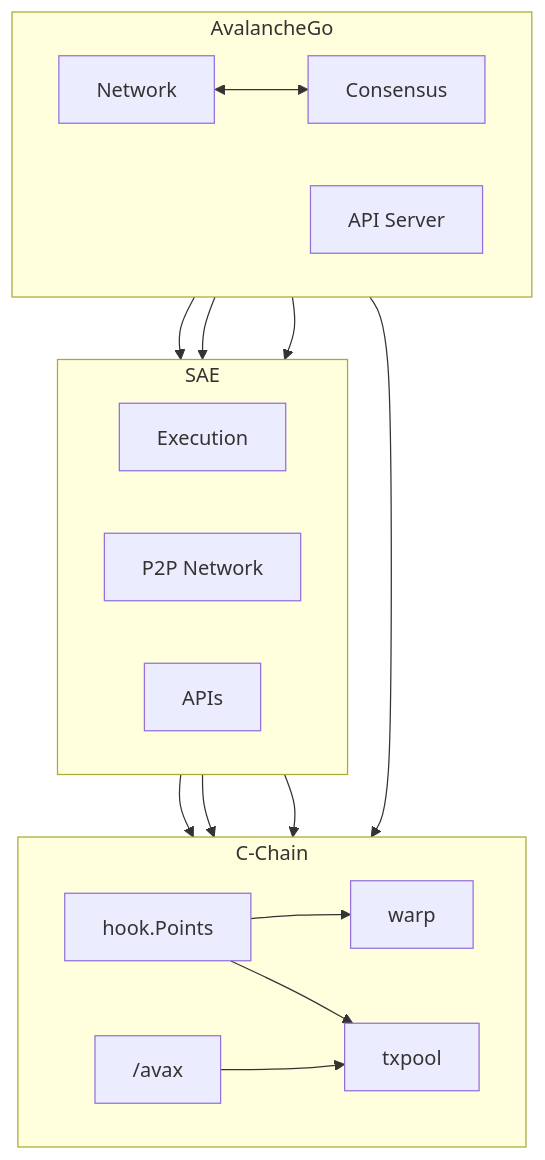
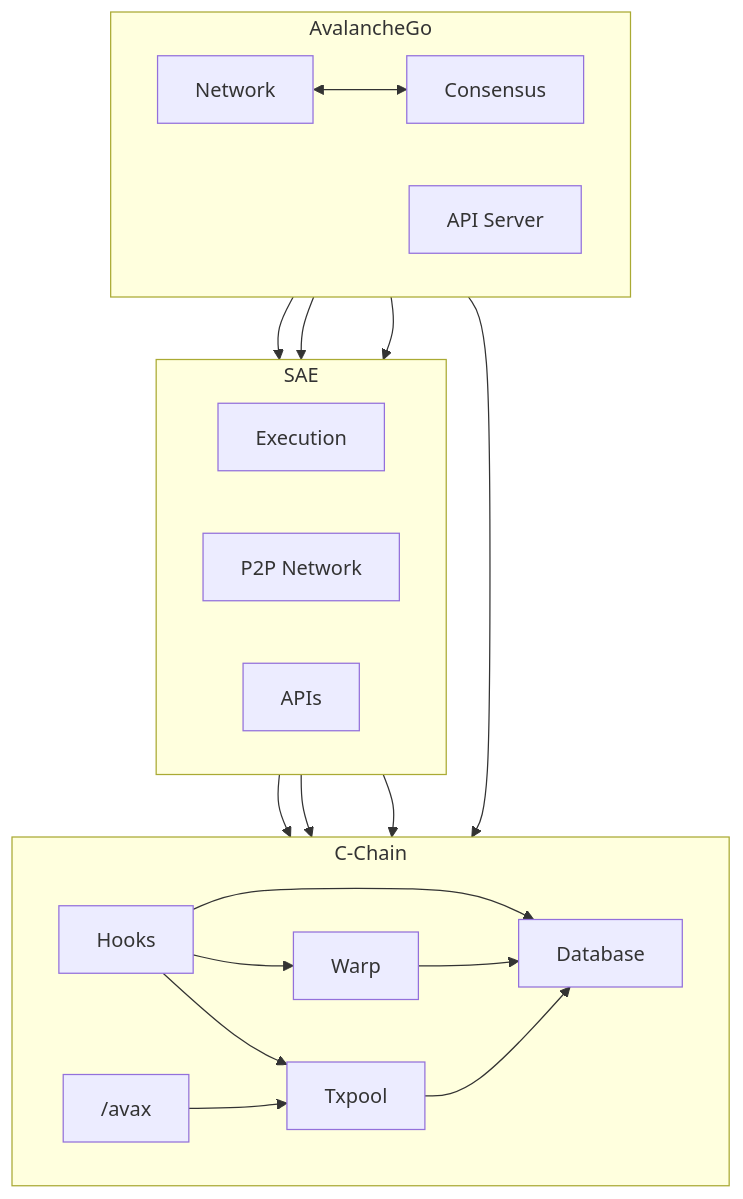
The first of 4 diagrams in vms/saevm/cchain/README.md (ava-labs/avalanchego), drawn with Mermaid before and after one commit.

````diff
--- a/vms/saevm/cchain/README.md
+++ b/vms/saevm/cchain/README.md
@@ -9,38 +9,43 @@
 ```mermaid
 flowchart TB
     subgraph avago["AvalancheGo"]
         direction LR
         consensus["Consensus"]
         network["Network"]
         apiserver["API Server"]
     end
 
     subgraph sae["SAE"]
         direction LR
         execution["Execution"]
         p2pn["P2P Network"]
         apis_sae["APIs"]
     end
 
     subgraph cchain["C-Chain"]
         direction LR
-        hook["hook.Points"]
-        warp["warp"]
-        txpool["txpool"]
+        hook["Hooks"]
+        warp["Warp"]
+        db["Database"]
+        txpool["Txpool"]
         avax["/avax"]
     end
 
     network <--> consensus
     network --> p2pn
     consensus --> execution
     apiserver --> apis_sae
     apiserver --> avax
     execution --> hook
 
     hook --> warp
     p2pn --> warp
 
     hook --> txpool
     p2pn --> txpool
     avax --> txpool
+
+    hook --> db
+    warp --> db
+    txpool --> db
 ```
````
